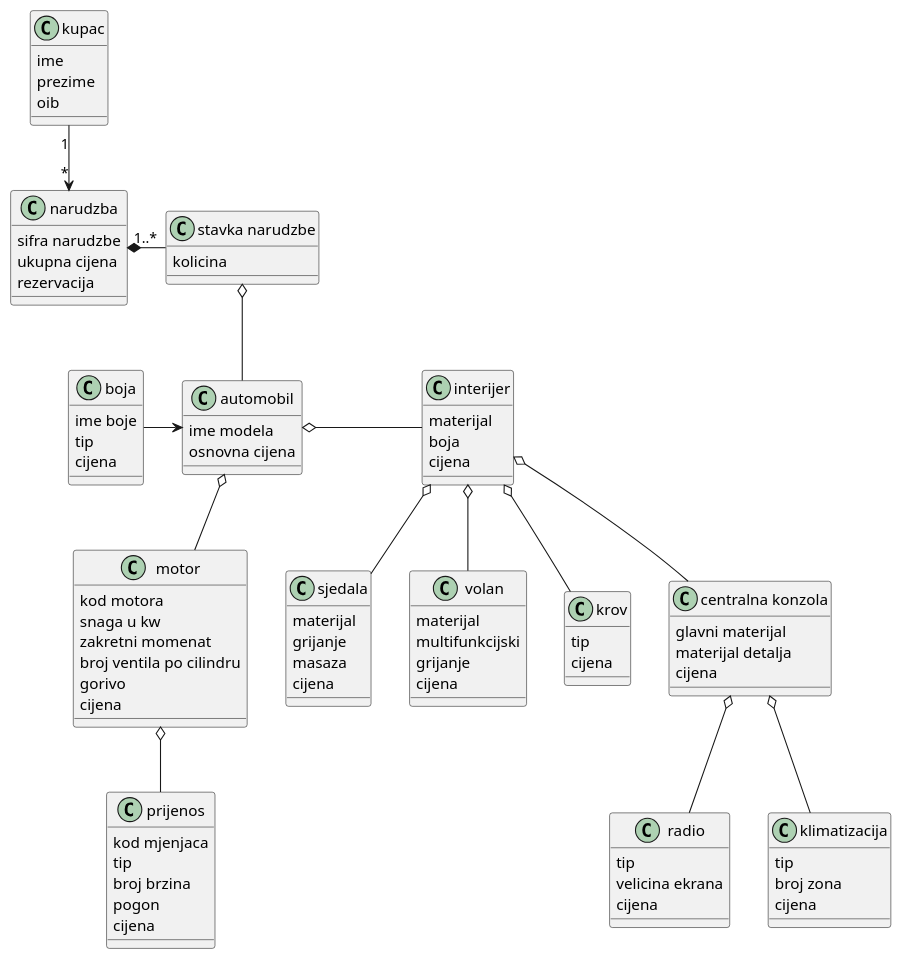
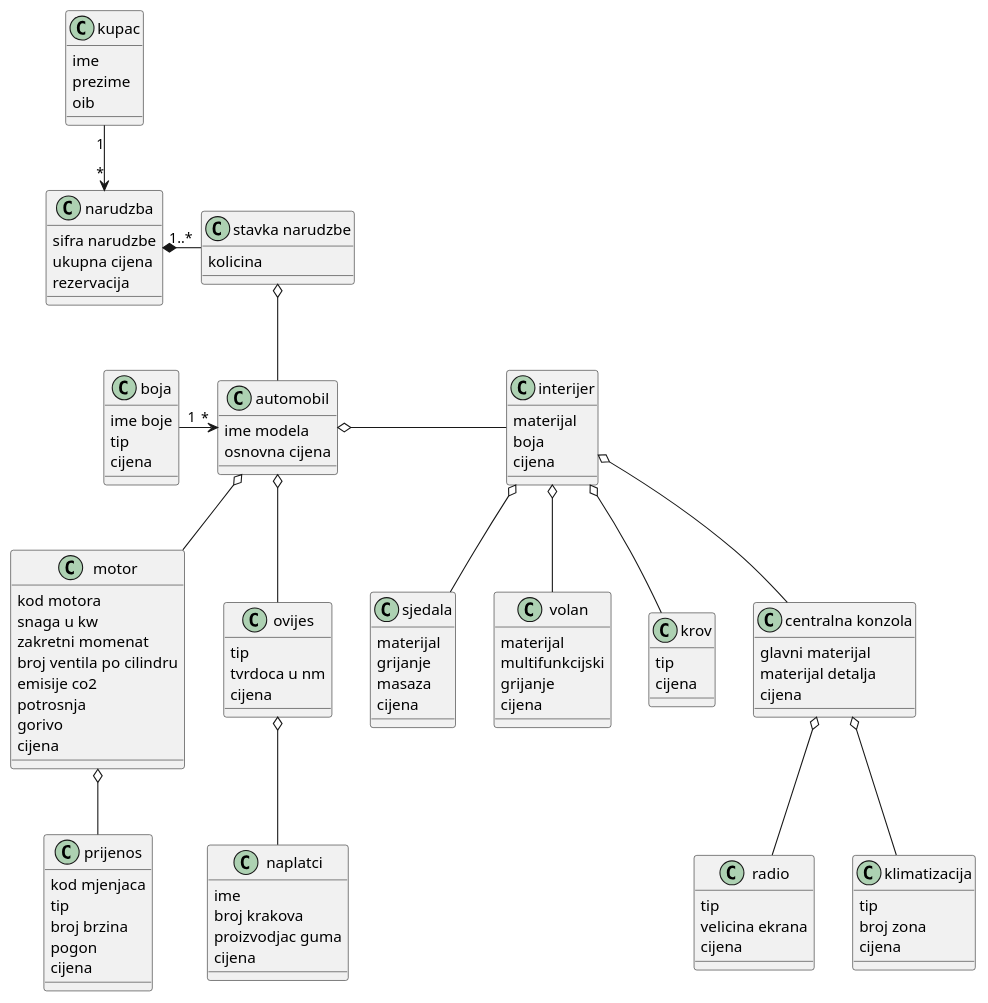
The diagram in class.puml (Bazga2k1/Online-auto-kuca), drawn with PlantUML before and after one commit.

Commit message:
UML class update
- dovršen UML klasni dijagram

```diff
--- a/class.puml
+++ b/class.puml
@@ -1,106 +1,123 @@
 @startuml
 
 class "automobil" as a{
   ime modela
   osnovna cijena
 }
 
 
 class "narudzba" as n{
   sifra narudzbe
   ukupna cijena
   rezervacija
 }
 
 class "stavka narudzbe" as sn{
   kolicina
 }
 
 class "motor" as m{
   kod motora
   snaga u kw
   zakretni momenat
   broj ventila po cilindru
+  emisije co2
+  potrosnja
   gorivo
   cijena
+}
+
+class "ovijes" as sus{
+    tip
+    tvrdoca u nm
+    cijena
+}
+
+class "naplatci" as kot{
+    ime
+    broj krakova
+    proizvodjac guma
+    cijena
 }
 
 class "prijenos" as p{
   kod mjenjaca
   tip
   broj brzina
   pogon
   cijena
 }
 
 class "interijer" as i{
   materijal
   boja
   cijena
 }
 
 class "sjedala" as s{
   materijal
   grijanje
   masaza
   cijena
 }
 
 class "volan" as v{
   materijal
   multifunkcijski
   grijanje
   cijena
 }
 
 class "krov" as kr{
   tip
   cijena
 }
 
 class "centralna konzola" as ck{
   glavni materijal
   materijal detalja
   cijena
 }
 
 class "radio" as r{
   tip
   velicina ekrana
   cijena
 }
 
 class "klimatizacija" as kl{
   tip
   broj zona
   cijena
 }
 
 class "boja" as b{
   ime boje
   tip
   cijena
 }
 
 class "kupac" as k{
   ime
   prezime
   oib
 }
 
 
 a o-- m
-b -> a
+a o-- sus
+sus o-- kot
+b "1" -> "*" a
 m o-- p
 a o- i
 i o-- s
 i o-- v
 i o-- kr
 i o-- ck
 ck o-- r
 ck o-- kl
 n *- "1..*" sn
 sn o-- a
 k "1" --> "*" n
 
 @enduml
```
